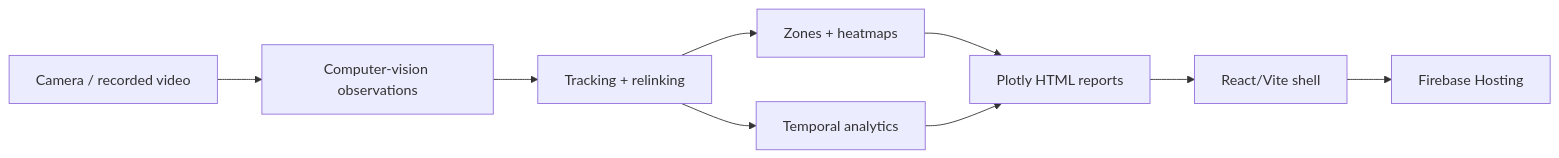
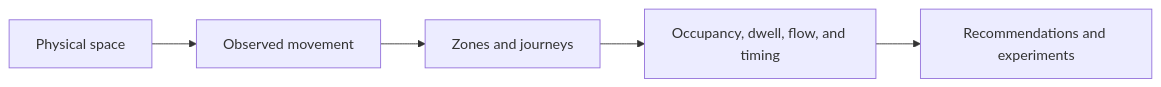
The first of 2 diagrams in docs/architecture.md (arielabade/visppy-cv), drawn with Mermaid before and after one commit. The commit also changed other lines of this file and 27 other files, not shown here.

````diff
--- a/docs/architecture.md
+++ b/docs/architecture.md
@@ -10,16 +5,7 @@
 ```mermaid
 flowchart LR
-    CAM[Camera / recorded video]
-    CV[Computer-vision observations]
-    TRACK[Tracking + relinking]
-    SPACE[Zones + heatmaps]
-    VIDEO[Temporal analytics]
-    REPORT[Plotly HTML reports]
-    APP[React/Vite shell]
-    HOST[Firebase Hosting]
-
-    CAM --> CV --> TRACK
-    TRACK --> SPACE --> REPORT
-    TRACK --> VIDEO --> REPORT
-    REPORT --> APP --> HOST
+    SPACE[Physical space] --> OBS[Observed movement]
+    OBS --> MAP[Zones and journeys]
+    MAP --> SIGNALS[Occupancy, dwell, flow, and timing]
+    SIGNALS --> DECISIONS[Recommendations and experiments]
 ```
````
